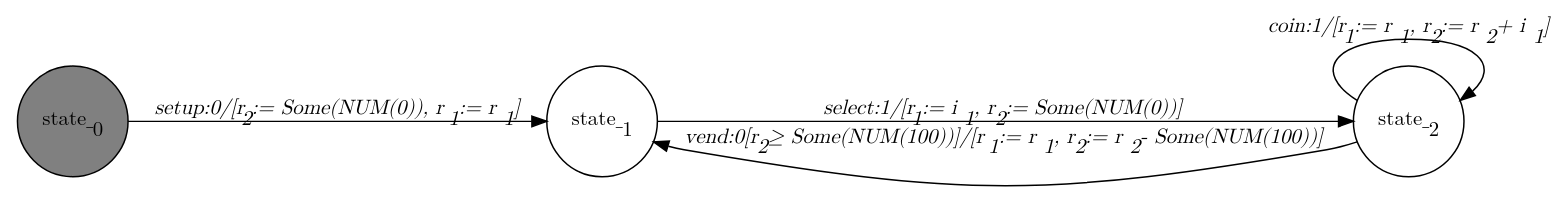
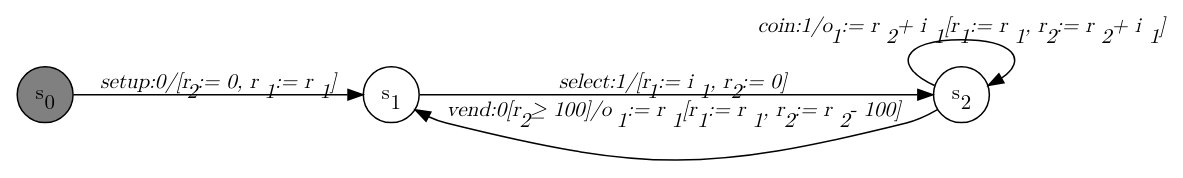
Before and after one commit to jmafoster1/efsm-sal: the diagram in dotfiles/Drinks_Machine_Payforward.dot, drawn with Graphviz. The commit also changed 21 other files, not shown here.

```diff
--- a/dotfiles/Drinks_Machine_Payforward.dot
+++ b/dotfiles/Drinks_Machine_Payforward.dot
@@ -1,14 +1,14 @@
 digraph Drinks_Machine_Payforward{
    graph [rankdir="LR", fontname="Latin Modern Math"];
    node [color="black", fillcolor="white", shape="circle", style="filled", fontname="Latin Modern Math"];
    edge [fontname="Latin Modern Math"];
 
-   State_0[fillcolor="gray", label=<state_<sub>0</sub>>];
-   State_1[label=<state_<sub>1</sub>>];
-   State_2[label=<state_<sub>2</sub>>];
+   s0[fillcolor="gray", label=<s<sub>0</sub>>];
+   s1[label=<s<sub>1</sub>>];
+   s2[label=<s<sub>2</sub>>];
 
-   State_1->State_2[label=<<i>select:1/&#91;r<sub>1</sub> := i<sub>1</sub>, r<sub>2</sub> := Some(NUM(0))&#93;</i>>];
-   State_2->State_2[label=<<i>coin:1/&#91;r<sub>1</sub> := r<sub>1</sub>, r<sub>2</sub> := r<sub>2</sub> + i<sub>1</sub>&#93;</i>>];
-   State_0->State_1[label=<<i>setup:0/&#91;r<sub>2</sub> := Some(NUM(0)), r<sub>1</sub> := r<sub>1</sub>&#93;</i>>];
-   State_2->State_1[label=<<i>vend:0&#91;r<sub>2</sub> &ge; Some(NUM(100))&#93;/&#91;r<sub>1</sub> := r<sub>1</sub>, r<sub>2</sub> := r<sub>2</sub> - Some(NUM(100))&#93;</i>>];
+   s1->s2[label=<<i>select:1/&#91;r<sub>1</sub> := i<sub>1</sub>, r<sub>2</sub> := 0&#93;</i>>];
+   s2->s2[label=<<i>coin:1/o<sub>1</sub> := r<sub>2</sub> + i<sub>1</sub>&#91;r<sub>1</sub> := r<sub>1</sub>, r<sub>2</sub> := r<sub>2</sub> + i<sub>1</sub>&#93;</i>>];
+   s0->s1[label=<<i>setup:0/&#91;r<sub>2</sub> := 0, r<sub>1</sub> := r<sub>1</sub>&#93;</i>>];
+   s2->s1[label=<<i>vend:0&#91;r<sub>2</sub> &ge; 100&#93;/o<sub>1</sub> := r<sub>1</sub>&#91;r<sub>1</sub> := r<sub>1</sub>, r<sub>2</sub> := r<sub>2</sub> - 100&#93;</i>>];
 }
```
